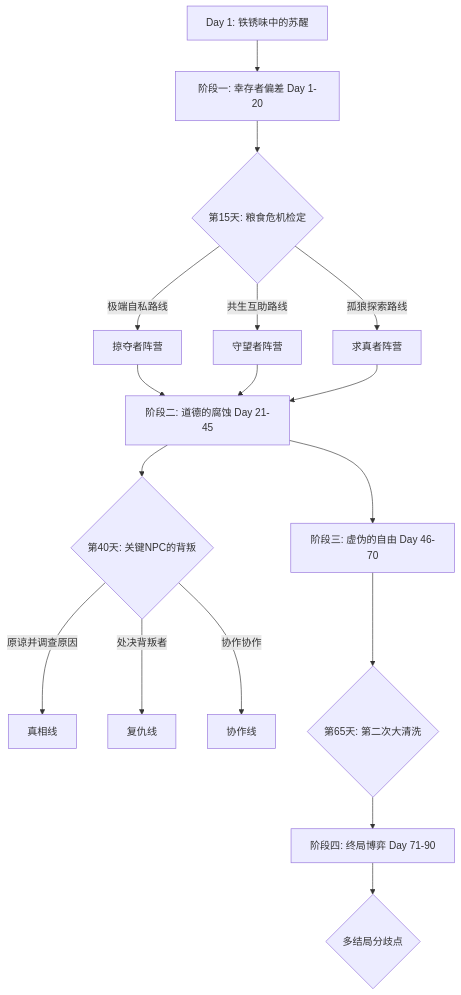
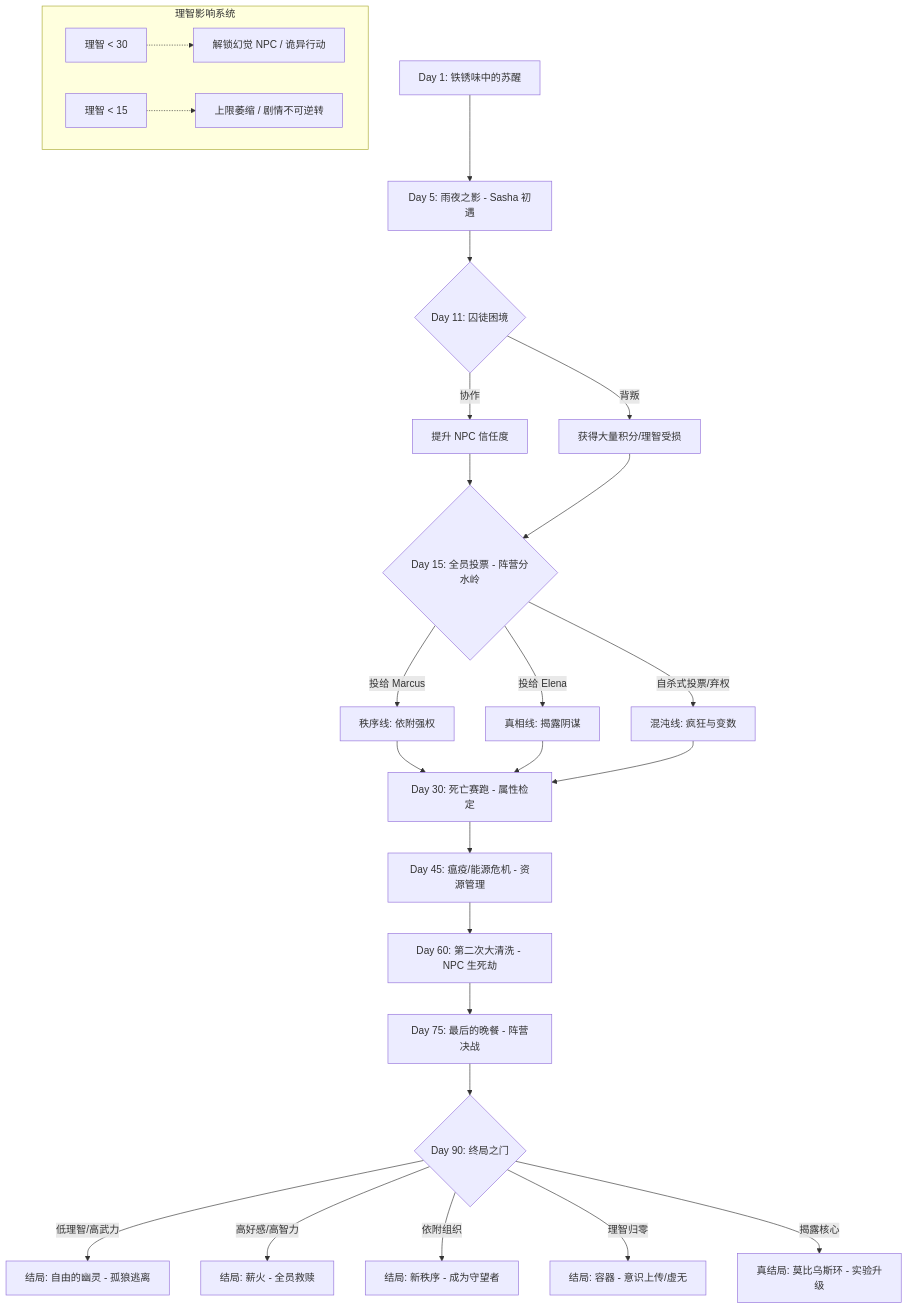
One commit to Toukaiteio/project-order changed the diagram in PLOT_OUTLINE.md. Above: the diagram before and after it, drawn with Mermaid. The commit also changed other lines of this file and 18 other files, not shown here.

````diff
--- a/PLOT_OUTLINE.md
+++ b/PLOT_OUTLINE.md
@@ -9,25 +8,45 @@
 ```mermaid
 graph TD
-    Start[Day 1: 铁锈味中的苏醒] --> Arc1[阶段一: 幸存者偏差 Day 1-20]
+    %% 阶段一：破碎记忆
+    Start[Day 1: 铁锈味中的苏醒] --> Day5[Day 5: 雨夜之影 - Sasha 初遇]
+    Day5 --> Day11{Day 11: 囚徒困境}
     
-    Arc1 --> Choice1{第15天: 粮食危机检定}
-    Choice1 -->|极端自私路线| FactionA[掠夺者阵营]
-    Choice1 -->|共生互助路线| FactionB[守望者阵营]
-    Choice1 -->|孤狼探索路线| FactionC[求真者阵营]
+    %% 第11天抉择
+    Day11 -->|协作| TrustUp[提升 NPC 信任度]
+    Day11 -->|背叛| MoneyUp[获得大量积分/理智受损]
+    
+    TrustUp --> Day15
+    MoneyUp --> Day15
 
-    FactionA --> Arc2[阶段二: 道德的腐蚀 Day 21-45]
-    FactionB --> Arc2
-    FactionC --> Arc2
+    %% 阶段二：阵营博弈
+    Day15{Day 15: 全员投票 - 阵营分水岭}
+    
+    Day15 -->|投给 Marcus| PathOrder[秩序线: 依附强权]
+    Day15 -->|投给 Elena| PathTruth[真相线: 揭露阴谋]
+    Day15 -->|自杀式投票/弃权| PathChaos[混沌线: 疯狂与变数]
 
-    Arc2 --> Choice2{第40天: 关键NPC的背叛}
-    Choice2 -->|原谅并调查原因| TruthSearch[真相线]
-    Choice2 -->|处决背叛者| RevengePath[复仇线]
-    Choice2 -->|协作协作| CollusionPath[协作线]
+    %% 阶段三：分裂与考验
+    PathOrder --> Day30[Day 30: 死亡赛跑 - 属性检定]
+    PathTruth --> Day30
+    PathChaos --> Day30
 
-    Arc2 --> Arc3[阶段三: 虚伪的自由 Day 46-70]
-    Arc3 --> Conflict{第65天: 第二次大清洗}
+    Day30 --> Day45[Day 45: 瘟疫/能源危机 - 资源管理]
     
-    Conflict --> FinalArc[阶段四: 终局博弈 Day 71-90]
+    %% 阶段四：终局审判
+    Day45 --> Day60[Day 60: 第二次大清洗 - NPC 生死劫]
+    Day60 --> Day75[Day 75: 最后的晚餐 - 阵营决战]
+    Day75 --> Day90{Day 90: 终局之门}
 
-    FinalArc --> Endings{多结局分歧点}
+    %% 结局分歧
+    Day90 -->|低理智/高武力| End1[结局: 自由的幽灵 - 孤狼逃离]
+    Day90 -->|高好感/高智力| End2[结局: 薪火 - 全员救赎]
+    Day90 -->|依附组织| End3[结局: 新秩序 - 成为守望者]
+    Day90 -->|理智归零| End4[结局: 容器 - 意识上传/虚无]
+    Day90 -->|揭露核心| EndTrue[真结局: 莫比乌斯环 - 实验升级]
+
+    %% 状态对剧情的影响
+    subgraph SanityMechanic [理智影响系统]
+        LowSanity[理智 < 30] -.-> Hallucination[解锁幻觉 NPC / 诡异行动]
+        CriticalSanity[理智 < 15] -.-> MaxSanityLoss[上限萎缩 / 剧情不可逆转]
+    end
 ```
````
